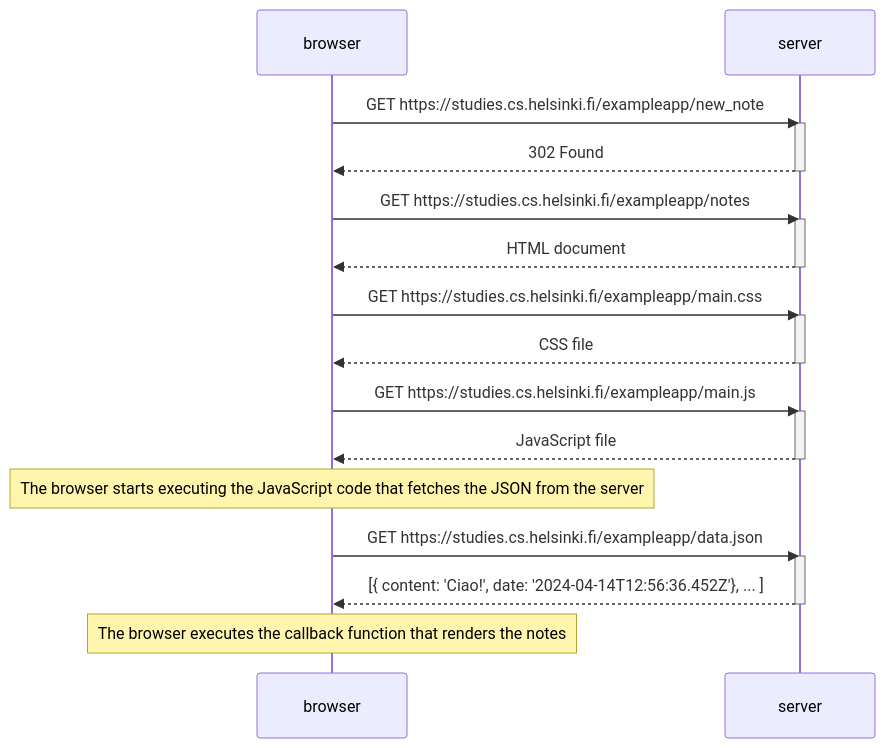
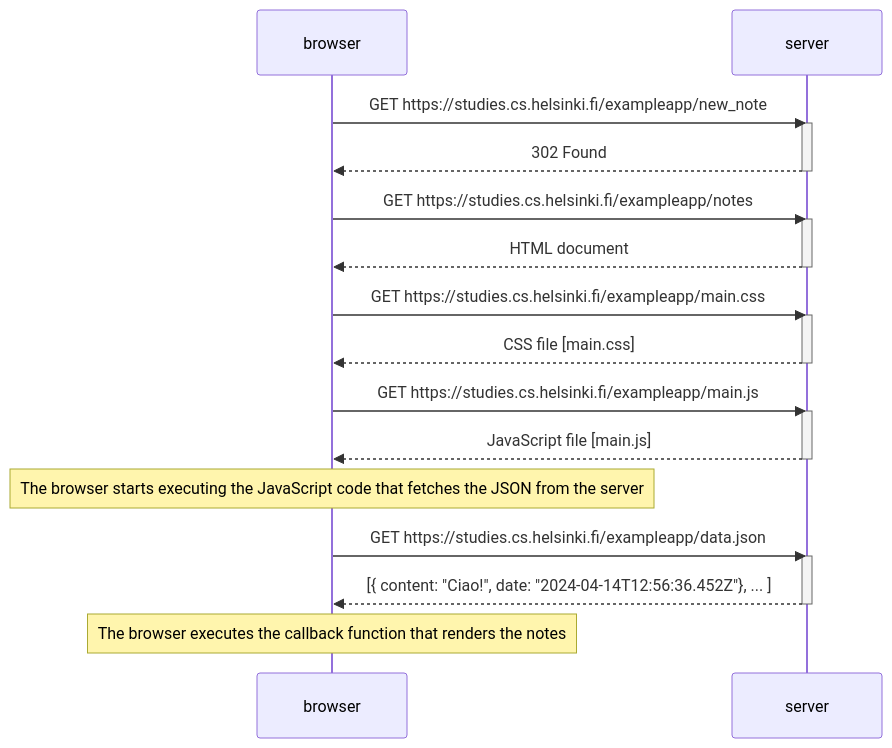
One commit to davideforni/fullstackopen-part0 changed the first of 3 diagrams in README.md. Above: the diagram before and after it, drawn with Mermaid. The commit also changed other lines of this file, not shown here.

````diff
--- a/README.md
+++ b/README.md
@@ -6,34 +6,34 @@
 ```mermaid
 sequenceDiagram
     participant browser
     participant server
 
     browser->>server: GET https://studies.cs.helsinki.fi/exampleapp/new_note
     activate server
     server-->>browser: 302 Found
     deactivate server
 
     browser->>server: GET https://studies.cs.helsinki.fi/exampleapp/notes
     activate server
     server-->>browser: HTML document
     deactivate server
 
     browser->>server: GET https://studies.cs.helsinki.fi/exampleapp/main.css
     activate server
-    server-->>browser: CSS file
+    server-->>browser: CSS file [main.css]
     deactivate server
 
     browser->>server: GET https://studies.cs.helsinki.fi/exampleapp/main.js
     activate server
-    server-->>browser: JavaScript file
+    server-->>browser: JavaScript file [main.js]
     deactivate server
 
     Note over browser: The browser starts executing the JavaScript code that fetches the JSON from the server
 
     browser->>server: GET https://studies.cs.helsinki.fi/exampleapp/data.json
     activate server
-    server-->>browser: [{ content: 'Ciao!', date: '2024-04-14T12:56:36.452Z'}, ... ]
+    server-->>browser: [{ content: "Ciao!", date: "2024-04-14T12:56:36.452Z"}, ... ]
     deactivate server
 
     Note over browser: The browser executes the callback function that renders the notes
 ```
````
